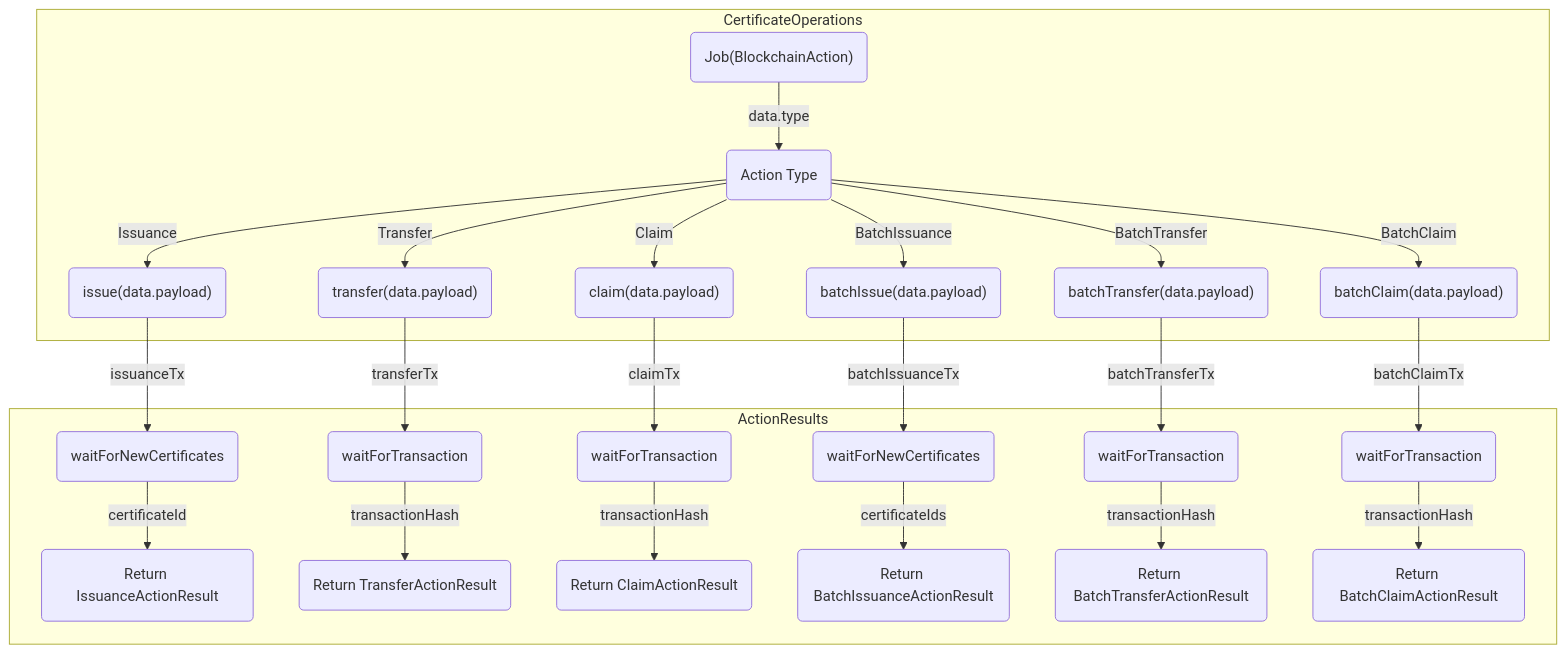
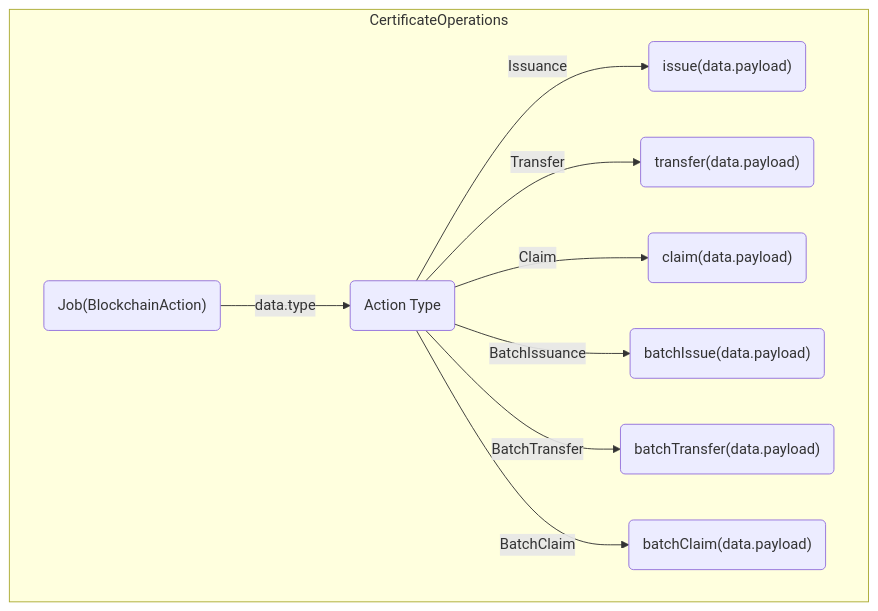
The second of 4 diagrams in packages/ewf_samples/docs/ewf_samples.md (olisystems/origin-247-sdk), drawn with Mermaid before and after one commit. The commit also changed other lines of this file, not shown here.

Commit message:
docs: fix diagrams

````diff
--- a/packages/ewf_samples/docs/ewf_samples.md
+++ b/packages/ewf_samples/docs/ewf_samples.md
@@ -56,28 +56,14 @@
 ```mermaid
-flowchart TD;
+graph TD;
 
 subgraph CertificateOperations
     A("Job(BlockchainAction)") -->|data.type| B("Action Type")
     B -->|Issuance| C("issue(data.payload)")
     B -->|Transfer| D("transfer(data.payload)")
     B -->|Claim| E("claim(data.payload)")
     B -->|BatchIssuance| F("batchIssue(data.payload)")
     B -->|BatchTransfer| G("batchTransfer(data.payload)")
     B -->|BatchClaim| H("batchClaim(data.payload)")
 end
 
-subgraph ActionResults
-    C -->|issuanceTx| I("waitForNewCertificates")
-    I -->|certificateId| J("Return IssuanceActionResult")
-    D -->|transferTx| K("waitForTransaction")
-    K -->|transactionHash| L("Return TransferActionResult")
-    E -->|claimTx| M("waitForTransaction")
-    M -->|transactionHash| N("Return ClaimActionResult")
-    F -->|batchIssuanceTx| O("waitForNewCertificates")
-    O -->|certificateIds| P("Return BatchIssuanceActionResult")
-    G -->|batchTransferTx| Q("waitForTransaction")
-    Q -->|transactionHash| R("Return BatchTransferActionResult")
-    H -->|batchClaimTx| S("waitForTransaction")
-    S -->|transactionHash| T("Return BatchClaimActionResult")
-end
 ```
````
